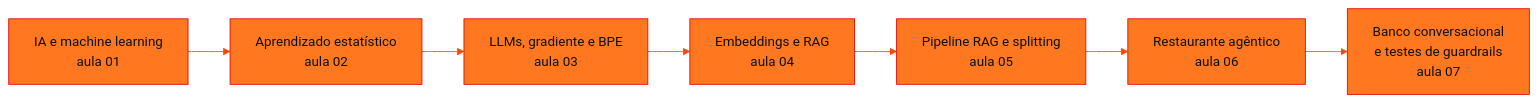
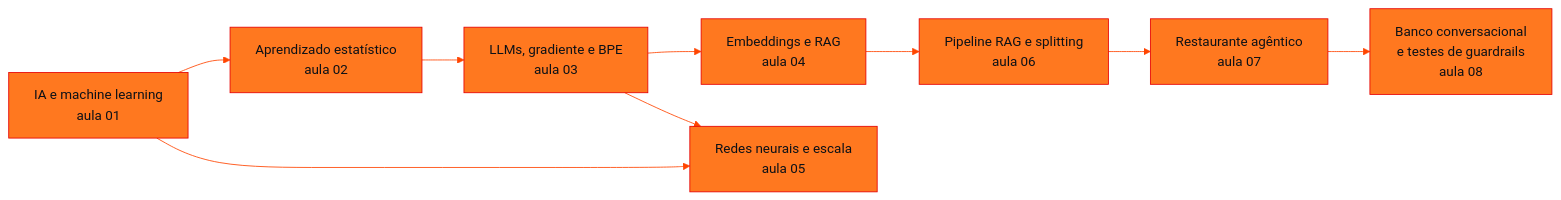
The diagram in prompt-and-artificial-intelligence/README.md (RenanMano/cs-fiap-academic), drawn with Mermaid before and after one commit. The commit also changed other lines of this file and 120 other files, not shown here.

````diff
--- a/prompt-and-artificial-intelligence/README.md
+++ b/prompt-and-artificial-intelligence/README.md
@@ -101,10 +107,12 @@
 ```mermaid
 %%{init: {'theme': 'base', 'themeVariables': {'primaryColor': '#FF781F', 'primaryTextColor': '#0D1117', 'primaryBorderColor': '#E60000', 'lineColor': '#FF4500', 'secondaryColor': '#FFD8B8', 'tertiaryColor': '#FFF1E6', 'edgeLabelBackground': '#FFF1E6', 'fontFamily': 'Fira Code, monospace'}}}%%
 flowchart LR
     A["IA e machine learning<br/>aula 01"] --> B["Aprendizado estatístico<br/>aula 02"]
     B --> C["LLMs, gradiente e BPE<br/>aula 03"]
     C --> D["Embeddings e RAG<br/>aula 04"]
-    D --> E["Pipeline RAG e splitting<br/>aula 05"]
-    E --> F["Restaurante agêntico<br/>aula 06"]
-    F --> G["Banco conversacional<br/>e testes de guardrails<br/>aula 07"]
+    A --> N["Redes neurais e escala<br/>aula 05"]
+    C --> N
+    D --> E["Pipeline RAG e splitting<br/>aula 06"]
+    E --> F["Restaurante agêntico<br/>aula 07"]
+    F --> G["Banco conversacional<br/>e testes de guardrails<br/>aula 08"]
 ```
````
